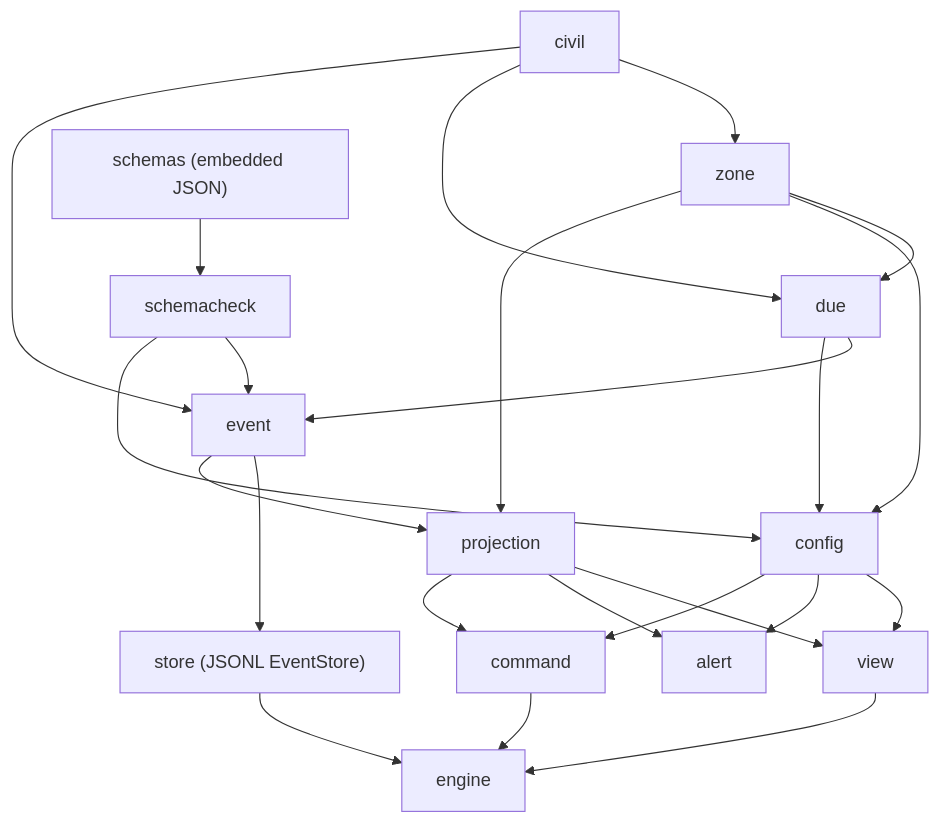
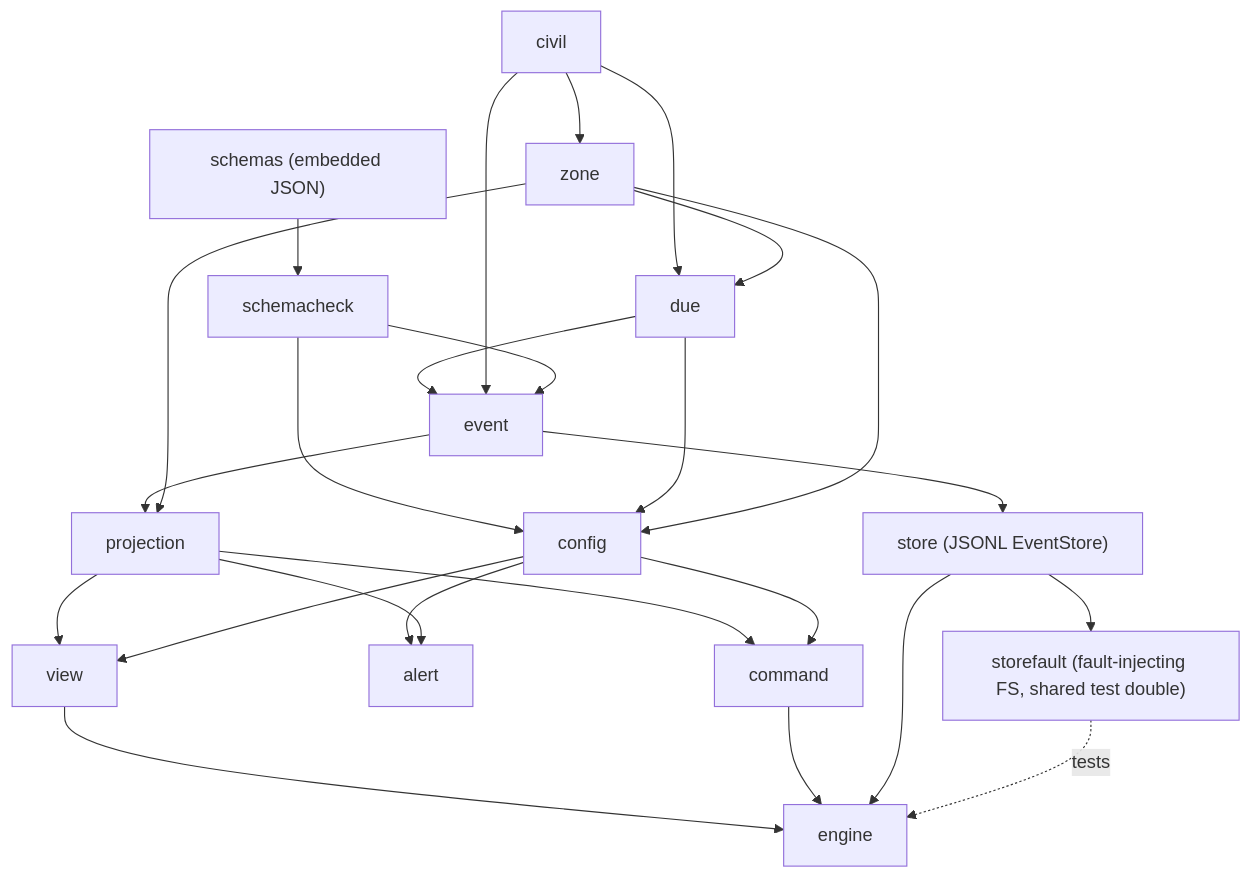
One commit to phillipgreenii/nix-agent-support changed the diagram in docs/superpowers/plans/2026-10-08-pg-task-focus-1-core-library.md. Above: the diagram before and after it, drawn with Mermaid. The commit also changed other lines of this file and 1 other file, not shown here.

````diff
--- a/docs/superpowers/plans/2026-10-08-pg-task-focus-1-core-library.md
+++ b/docs/superpowers/plans/2026-10-08-pg-task-focus-1-core-library.md
@@ -54,25 +54,27 @@
 ```mermaid
 flowchart TD
     civil["civil"] --> zone["zone"]
     civil --> due["due"]
     zone --> due
     due --> event["event"]
     civil --> event
     schemas["schemas (embedded JSON)"] --> schemacheck["schemacheck"]
     schemacheck --> event
     schemacheck --> config["config"]
     due --> config
     zone --> config
     event --> store["store (JSONL EventStore)"]
     event --> projection["projection"]
     zone --> projection
     projection --> view["view"]
     config --> view
     config --> alert
     projection --> alert["alert"]
     view --> engine
     projection --> command["command"]
     config --> command
     command --> engine["engine"]
     store --> engine
+    store --> storefault["storefault (fault-injecting FS, shared test double)"]
+    storefault -.->|tests| engine
 ```
````
